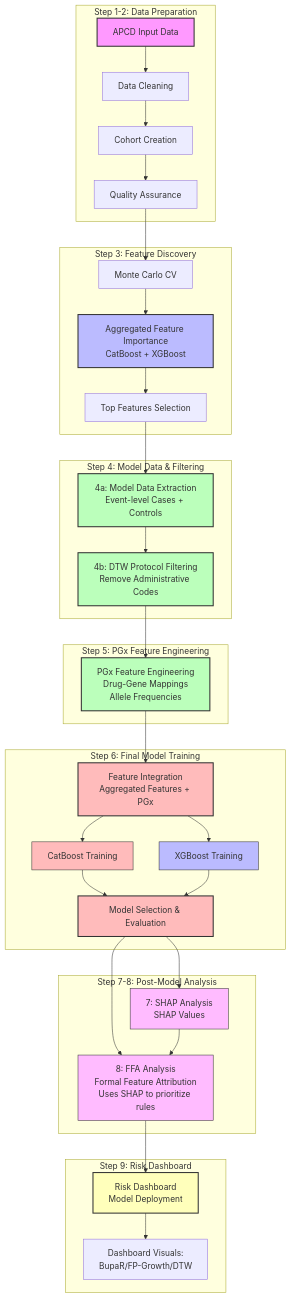
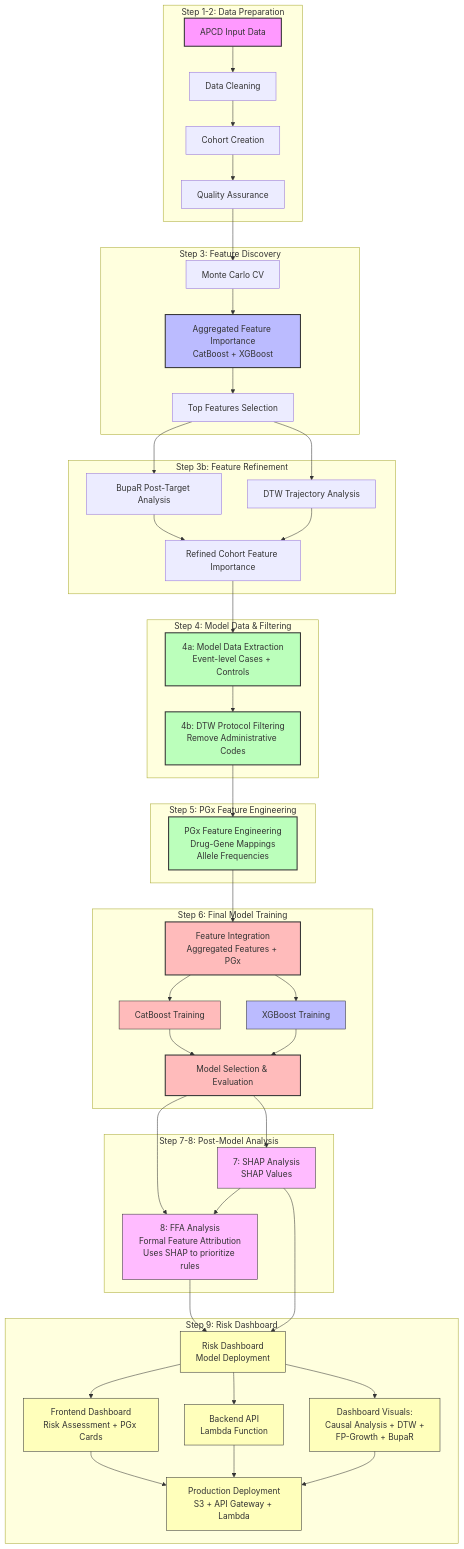
Before and after one commit to Jerome3590/pgx-analysis: the diagram in README.md, drawn with Mermaid. The commit also changed other lines of this file and 228 other files, not shown here.

````diff
--- a/README.md
+++ b/README.md
@@ -109,55 +111,72 @@
 ```mermaid
 flowchart TD
     subgraph "Step 1-2: Data Preparation"
         A1[APCD Input Data] --> A2[Data Cleaning]
         A2 --> A3[Cohort Creation]
         A3 --> A4[Quality Assurance]
     end
     
     subgraph "Step 3: Feature Discovery"
         A4 --> B1[Monte Carlo CV]
         B1 --> B2[Aggregated Feature Importance<br/>CatBoost + XGBoost]
         B2 --> B3[Top Features Selection]
     end
     
+    subgraph "Step 3b: Feature Refinement"
+        B3 --> B4[BupaR Post-Target Analysis]
+        B3 --> B5[DTW Trajectory Analysis]
+        B4 --> B6[Refined Cohort Feature Importance]
+        B5 --> B6
+    end
+    
     subgraph "Step 4: Model Data & Filtering"
-        B3 --> C1[4a: Model Data Extraction<br/>Event-level Cases + Controls]
+        B6 --> C1[4a: Model Data Extraction<br/>Event-level Cases + Controls]
         C1 --> C2[4b: DTW Protocol Filtering<br/>Remove Administrative Codes]
     end
     
     subgraph "Step 5: PGx Feature Engineering"
         C2 --> D1[PGx Feature Engineering<br/>Drug-Gene Mappings<br/>Allele Frequencies]
     end
     
     subgraph "Step 6: Final Model Training"
         D1 --> E1[Feature Integration<br/>Aggregated Features + PGx]
         E1 --> E2[CatBoost Training]
         E1 --> E3[XGBoost Training]
         E2 --> E4[Model Selection & Evaluation]
         E3 --> E4
     end
     
     subgraph "Step 7-8: Post-Model Analysis"
         E4 --> F1[7: SHAP Analysis<br/>SHAP Values]
         E4 --> F2[8: FFA Analysis<br/>Formal Feature Attribution<br/>Uses SHAP to prioritize rules]
         F1 --> F2
     end
     
     subgraph "Step 9: Risk Dashboard"
         F2 --> G1[Risk Dashboard<br/>Model Deployment]
-        G1 --> G2[Dashboard Visuals:<br/>BupaR/FP-Growth/DTW]
+        F1 --> G1
+        G1 --> G2[Frontend Dashboard<br/>Risk Assessment + PGx Cards]
+        G1 --> G3[Backend API<br/>Lambda Function]
+        G1 --> G4[Dashboard Visuals:<br/>Causal Analysis + DTW +<br/>FP-Growth + BupaR]
+        G2 --> G5[Production Deployment<br/>S3 + API Gateway + Lambda]
+        G3 --> G5
+        G4 --> G5
     end
     
     style A1 fill:#f9f,stroke:#333,stroke-width:2px
     style B2 fill:#bbf,stroke:#333,stroke-width:2px
     style C1 fill:#bfb,stroke:#333,stroke-width:2px
     style C2 fill:#bfb,stroke:#333,stroke-width:2px
     style D1 fill:#bfb,stroke:#333,stroke-width:2px
     style E1 fill:#fbb,stroke:#333,stroke-width:2px
     style E2 fill:#fbb,stroke:#333,stroke-width:2px    %% CatBoost
     style E3 fill:#bbf,stroke:#333,stroke-width:2px    %% XGBoost
     style E4 fill:#fbb,stroke:#333,stroke-width:2px
     style F1 fill:#fbf,stroke:#333,stroke-width:2px    %% SHAP Analysis
     style F2 fill:#fbf,stroke:#333,stroke-width:2px    %% FFA Analysis
-    style G1 fill:#ffb,stroke:#333,stroke-width:2px
+    style G1 fill:#ffb,stroke:#333,stroke-width:2px    %% Risk Dashboard
+    style G2 fill:#ffb,stroke:#333,stroke-width:2px    %% Frontend
+    style G3 fill:#ffb,stroke:#333,stroke-width:2px    %% Backend
+    style G4 fill:#ffb,stroke:#333,stroke-width:2px    %% Visualizations
+    style G5 fill:#ffb,stroke:#333,stroke-width:2px    %% Deployment
 ```
````
